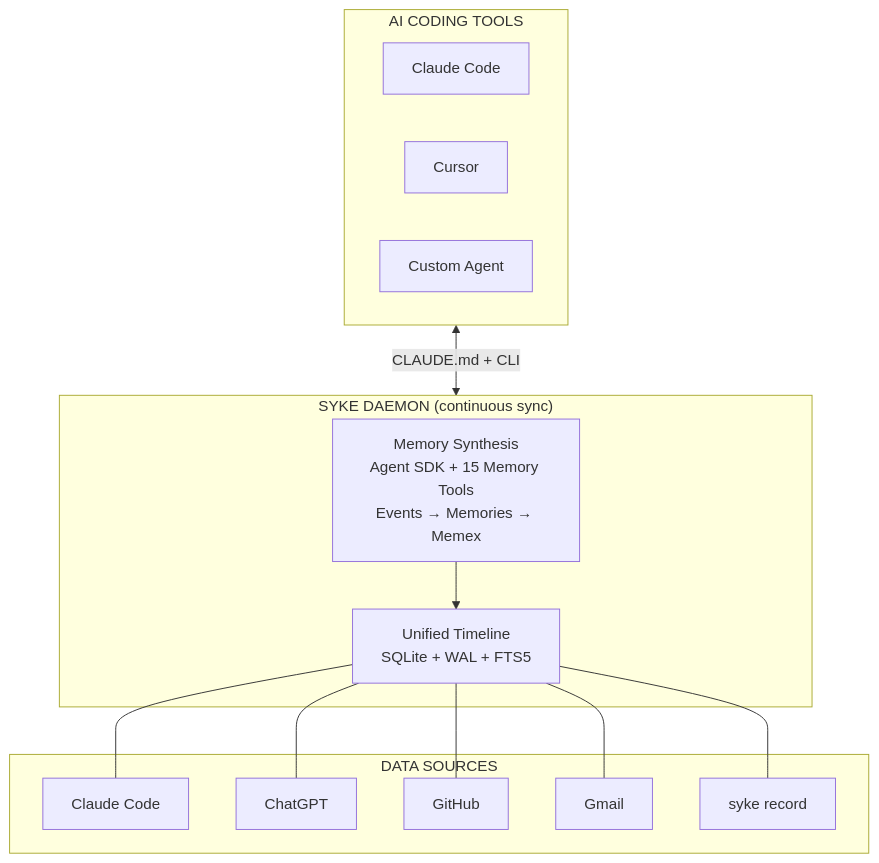
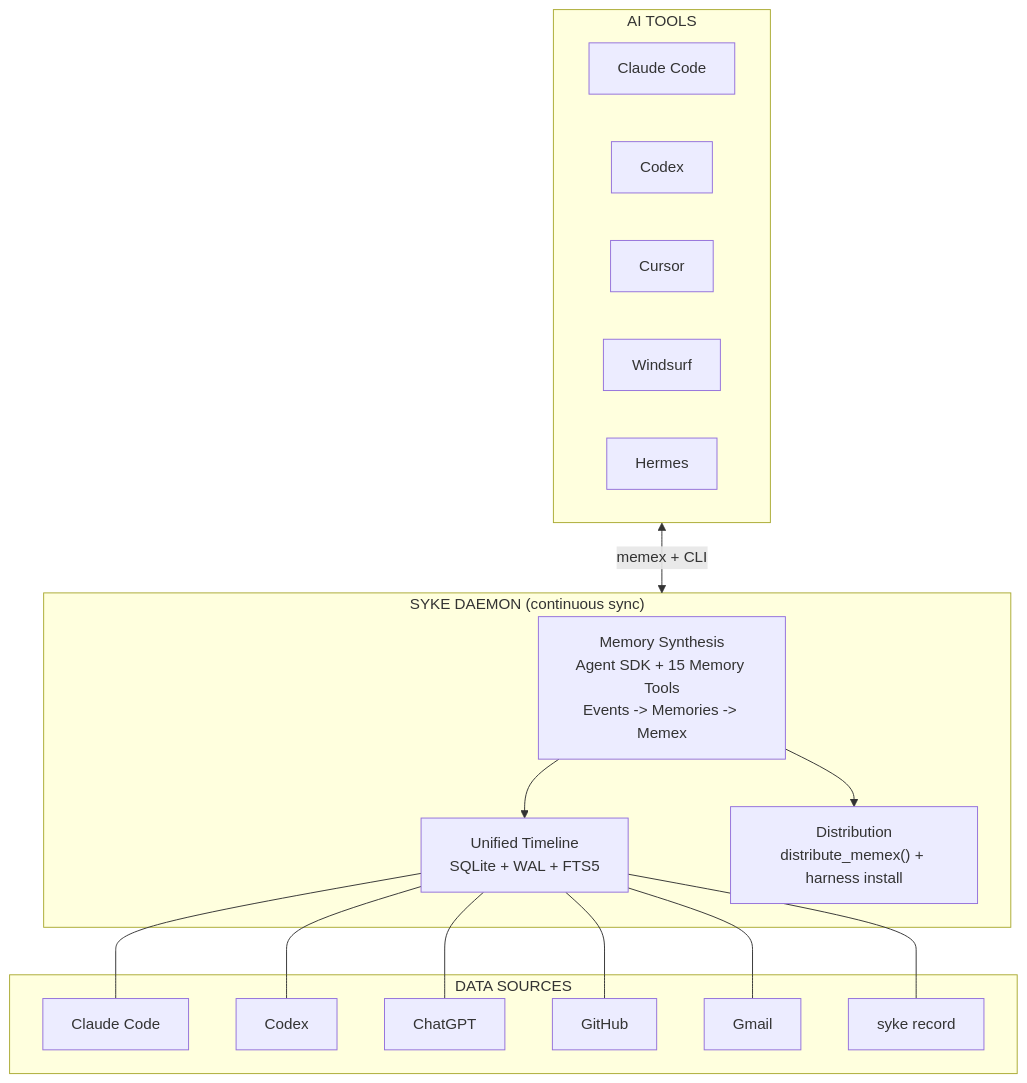
Before and after one commit to saxenauts/syke: the diagram in docs-site/pages/guide/how-it-works.mdx, drawn with Mermaid. The commit also changed other lines of this file and 26 other files, not shown here.

````diff
--- a/docs-site/pages/guide/how-it-works.mdx
+++ b/docs-site/pages/guide/how-it-works.mdx
@@ -7,25 +7,30 @@
 ```mermaid
 graph TB
-    subgraph Clients["AI CODING TOOLS"]
+    subgraph Clients["AI TOOLS"]
         CC[Claude Code]
+        CX[Codex]
         CU[Cursor]
-        CA[Custom Agent]
+        WS[Windsurf]
+        HM[Hermes]
     end
 
     subgraph Syke["SYKE DAEMON (continuous sync)"]
-        IS["Memory Synthesis\nAgent SDK + 15 Memory Tools\nEvents → Memories → Memex"]
+        IS["Memory Synthesis\nAgent SDK + 15 Memory Tools\nEvents -> Memories -> Memex"]
         TL["Unified Timeline\nSQLite + WAL + FTS5"]
+        DS["Distribution\ndistribute_memex() + harness install"]
         IS --> TL
+        IS --> DS
     end
 
     subgraph Sources["DATA SOURCES"]
         S1[Claude Code]
-        S2[ChatGPT]
-        S3[GitHub]
-        S4[Gmail]
-        S5[syke record]
+        S2[Codex]
+        S3[ChatGPT]
+        S4[GitHub]
+        S5[Gmail]
+        S6[syke record]
     end
 
-    Clients <-->|"CLAUDE.md + CLI"| Syke
-    TL --- S1 & S2 & S3 & S4 & S5
+    Clients <-->|"memex + CLI"| Syke
+    TL --- S1 & S2 & S3 & S4 & S5 & S6
 ```
````
